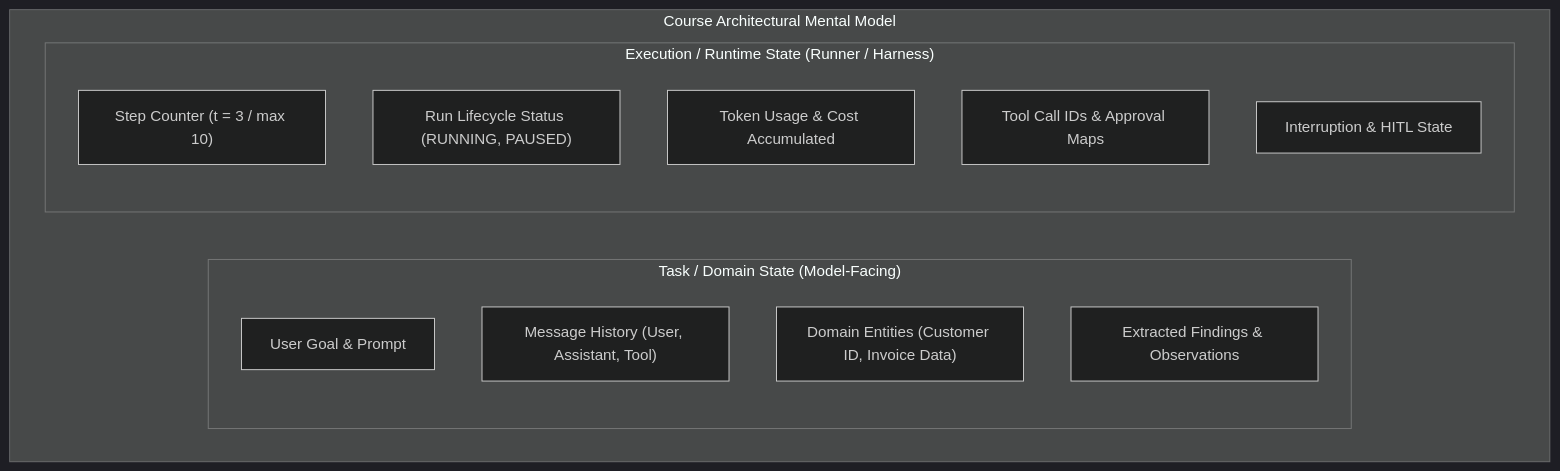
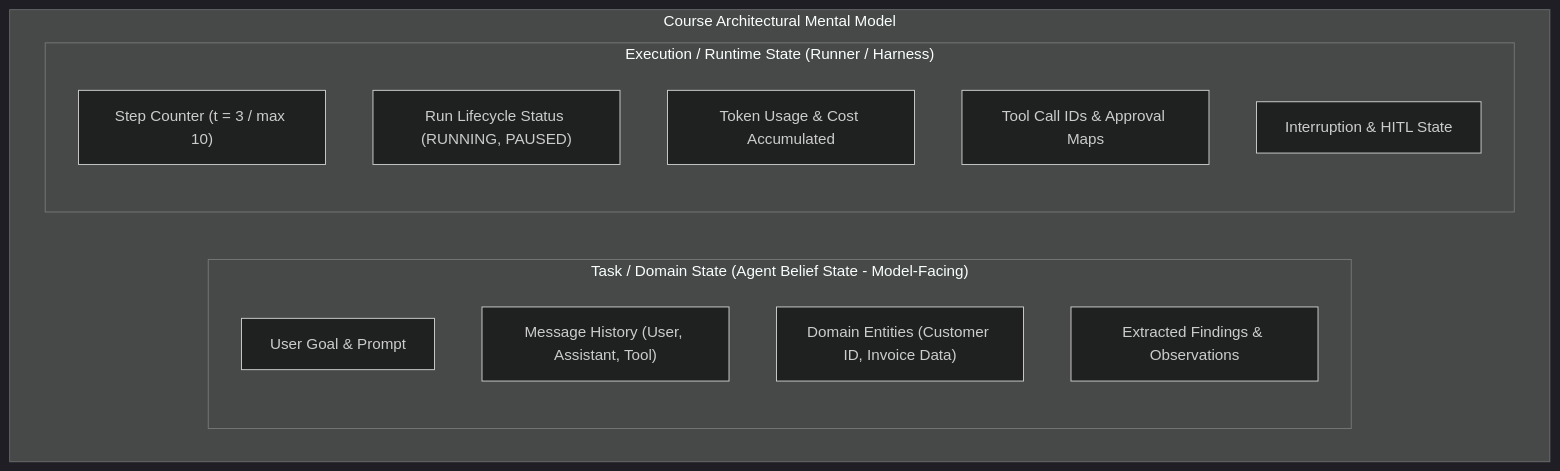
The sixth of 8 diagrams in module-01-agentic-ai-foundations/content/02-anatomy-of-an-agent-and-state.md (sivaskm/agentic-ai-engineering), drawn with Mermaid (dark theme) before and after one commit. The commit also changed other lines of this file and 8 other files, not shown here.

````diff
--- a/module-01-agentic-ai-foundations/content/02-anatomy-of-an-agent-and-state.md
+++ b/module-01-agentic-ai-foundations/content/02-anatomy-of-an-agent-and-state.md
@@ -207,19 +210,19 @@
 ```mermaid
 flowchart TD
     subgraph SystemState ["Course Architectural Mental Model"]
-        subgraph TaskState ["Task / Domain State (Model-Facing)"]
+        subgraph TaskState ["Task / Domain State (Agent Belief State - Model-Facing)"]
             T1["User Goal & Prompt"]
             T2["Message History (User, Assistant, Tool)"]
             T3["Domain Entities (Customer ID, Invoice Data)"]
             T4["Extracted Findings & Observations"]
         end
 
         subgraph RuntimeState ["Execution / Runtime State (Runner / Harness)"]
             R1["Step Counter (t = 3 / max 10)"]
             R2["Run Lifecycle Status (RUNNING, PAUSED)"]
             R3["Token Usage & Cost Accumulated"]
             R4["Tool Call IDs & Approval Maps"]
             R5["Interruption & HITL State"]
         end
     end
 ```
````
